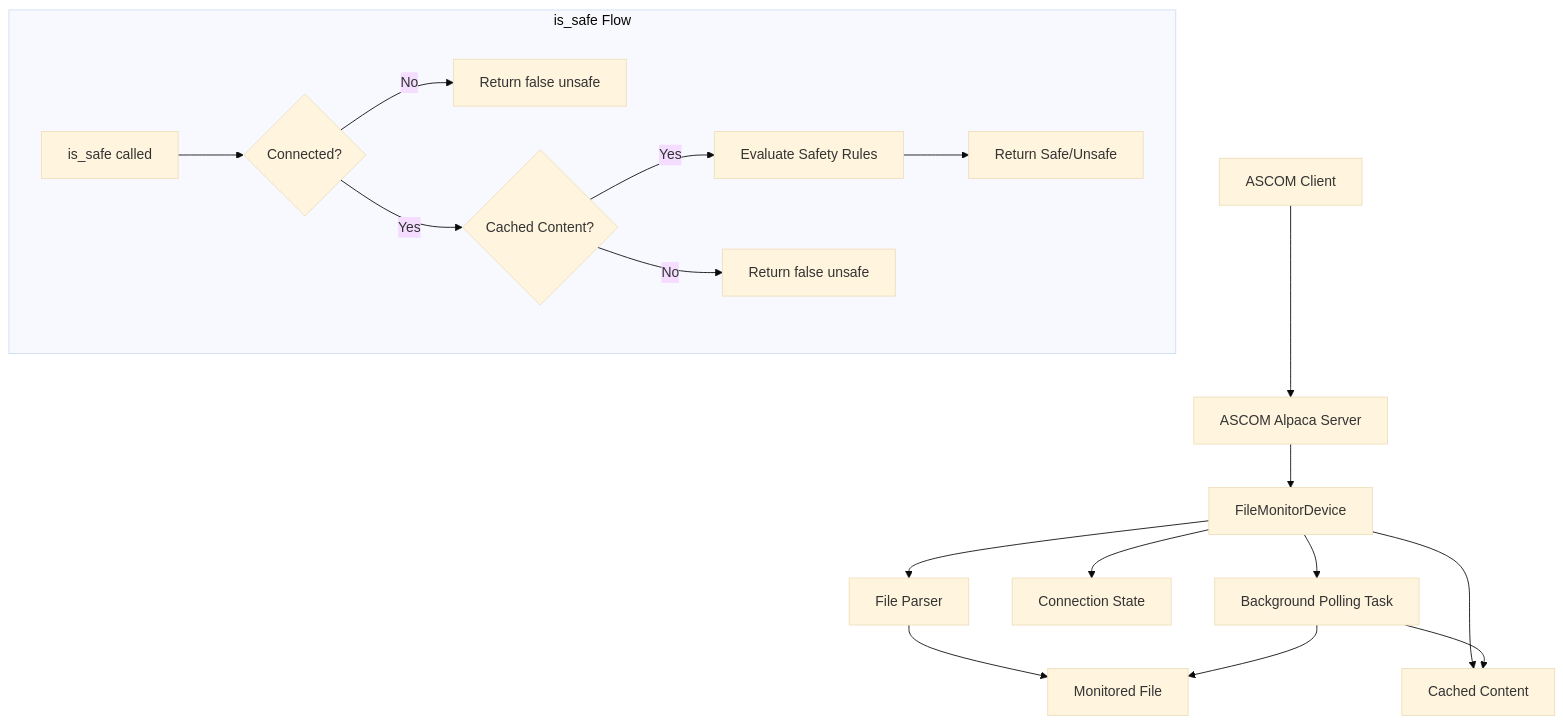
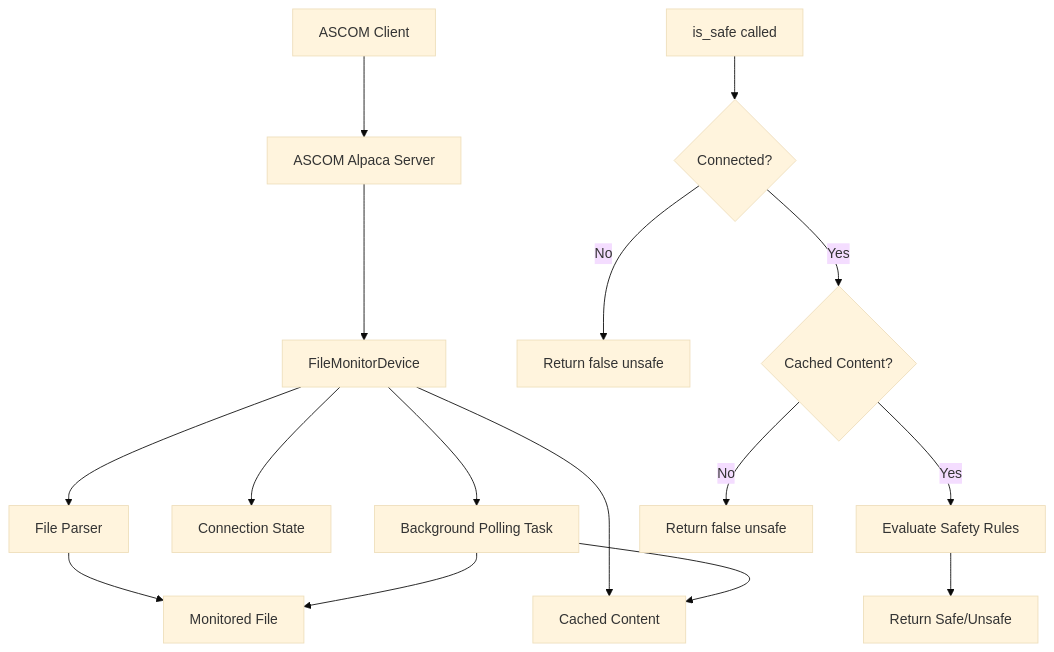
One commit to ivonnyssen/rusty-photon changed the diagram in docs/services/filemonitor.md. Above: the diagram before and after it, drawn with Mermaid (base theme).

Commit message:
Use GitHub-compatible Mermaid syntax
- Add semicolons after each statement as per GitHub docs example
- Remove subgraph which may not be supported
- Use simple graph TD format matching GitHub documentation

````diff
--- a/docs/services/filemonitor.md
+++ b/docs/services/filemonitor.md
@@ -98,22 +98,20 @@
 ```mermaid
-graph TD
-    A[ASCOM Client] --> B[ASCOM Alpaca Server]
-    B --> C[FileMonitorDevice]
-    C --> D[File Parser]
-    D --> E[Monitored File]
+graph TD;
+    A[ASCOM Client] --> B[ASCOM Alpaca Server];
+    B --> C[FileMonitorDevice];
+    C --> D[File Parser];
+    D --> E[Monitored File];
     
-    C --> F[Connection State]
-    C --> G[Cached Content]
-    C --> H[Background Polling Task]
-    H --> E
-    H --> G
+    C --> F[Connection State];
+    C --> G[Cached Content];
+    C --> H[Background Polling Task];
+    H --> E;
+    H --> G;
     
-    subgraph Flow ["is_safe Flow"]
-        I[is_safe called] --> J{Connected?}
-        J -->|No| K[Return false unsafe]
-        J -->|Yes| L{Cached Content?}
-        L -->|Yes| M[Evaluate Safety Rules]
-        L -->|No| N[Return false unsafe]
-        M --> O[Return Safe/Unsafe]
-    end
+    I[is_safe called] --> J{Connected?};
+    J -->|No| K[Return false unsafe];
+    J -->|Yes| L{Cached Content?};
+    L -->|Yes| M[Evaluate Safety Rules];
+    L -->|No| N[Return false unsafe];
+    M --> O[Return Safe/Unsafe];
 ```
````
